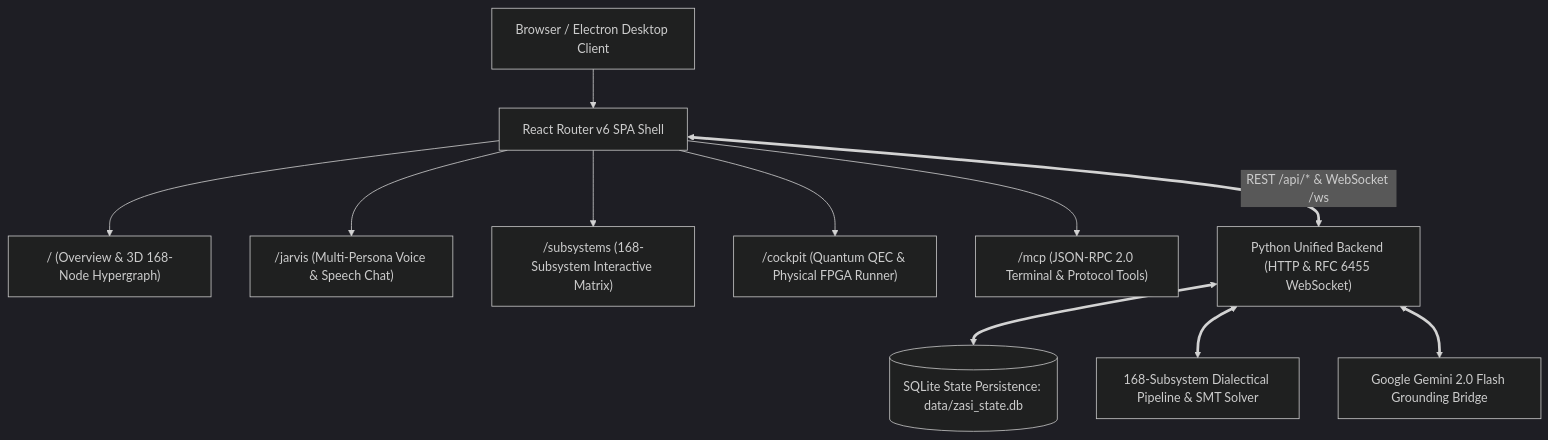
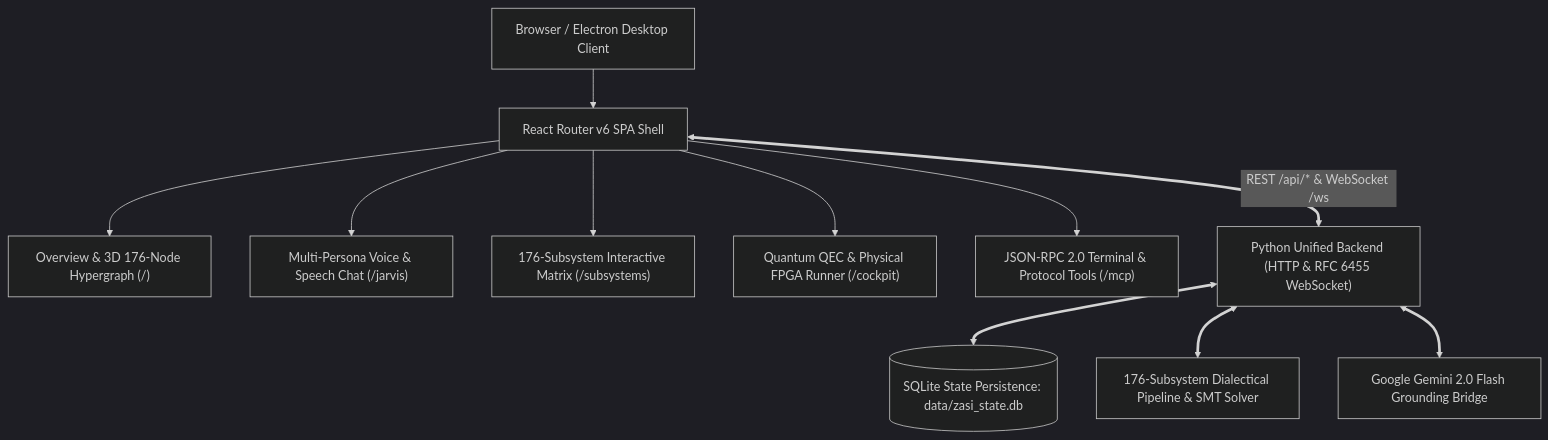
The diagram in README.md (cvsz/zasi), drawn with Mermaid (dark theme) before and after one commit. The commit also changed other lines of this file, not shown here.

Commit message:
docs(readme): fix mermaid node labels and update badges to v32.0.0 with 176 subsystems for flawless GitHub rich display rendering

````diff
--- a/README.md
+++ b/README.md
@@ -16,27 +16,27 @@
 ```mermaid
 graph TD
     Client["Browser / Electron Desktop Client"]
     Router["React Router v6 SPA Shell"]
-    Overview["/ (Overview & 3D 168-Node Hypergraph)"]
-    Jarvis["/jarvis (Multi-Persona Voice & Speech Chat)"]
-    Subsystems["/subsystems (168-Subsystem Interactive Matrix)"]
-    Cockpit["/cockpit (Quantum QEC & Physical FPGA Runner)"]
-    MCP["/mcp (JSON-RPC 2.0 Terminal & Protocol Tools)"]
+    Overview["Overview & 3D 176-Node Hypergraph (/)"]
+    Jarvis["Multi-Persona Voice & Speech Chat (/jarvis)"]
+    Subsystems["176-Subsystem Interactive Matrix (/subsystems)"]
+    Cockpit["Quantum QEC & Physical FPGA Runner (/cockpit)"]
+    MCP["JSON-RPC 2.0 Terminal & Protocol Tools (/mcp)"]
     
     Backend["Python Unified Backend (HTTP & RFC 6455 WebSocket)"]
-    Engine["168-Subsystem Dialectical Pipeline & SMT Solver"]
+    Engine["176-Subsystem Dialectical Pipeline & SMT Solver"]
     DB[("SQLite State Persistence: data/zasi_state.db")]
     Gemini["Google Gemini 2.0 Flash Grounding Bridge"]
 
     Client --> Router
     Router --> Overview
     Router --> Jarvis
     Router --> Subsystems
     Router --> Cockpit
     Router --> MCP
 
     Router <==>|"REST /api/* & WebSocket /ws"| Backend
     Backend <==> DB
     Backend <==> Engine
     Backend <==> Gemini
 ```
````
